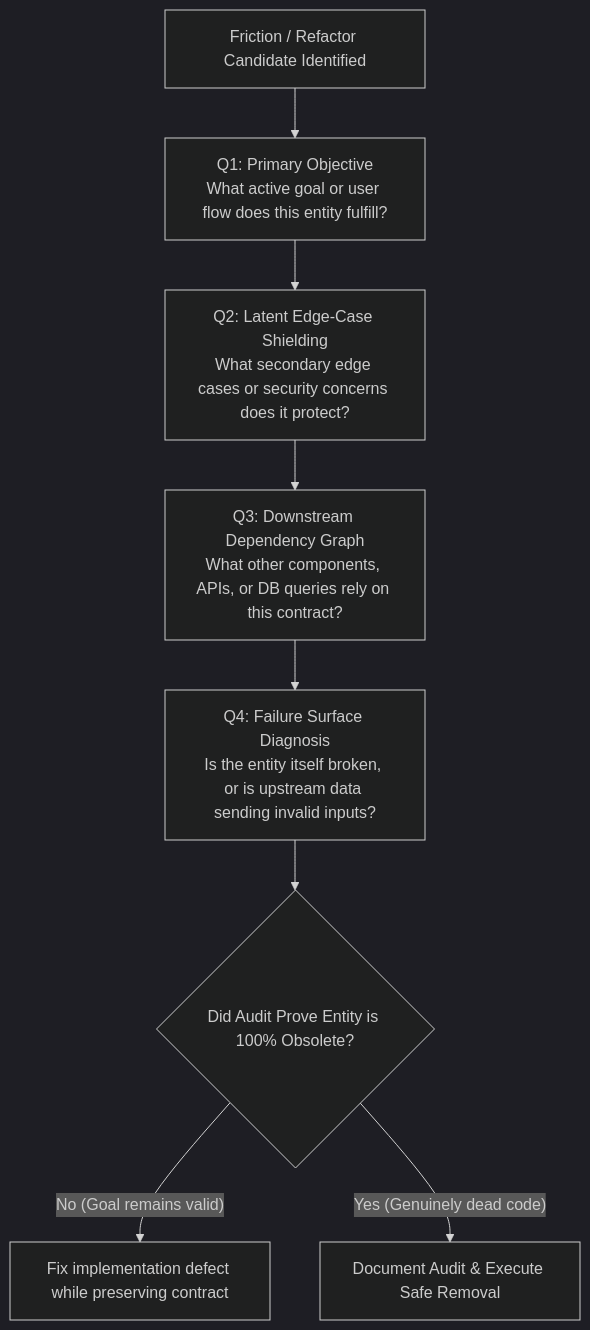
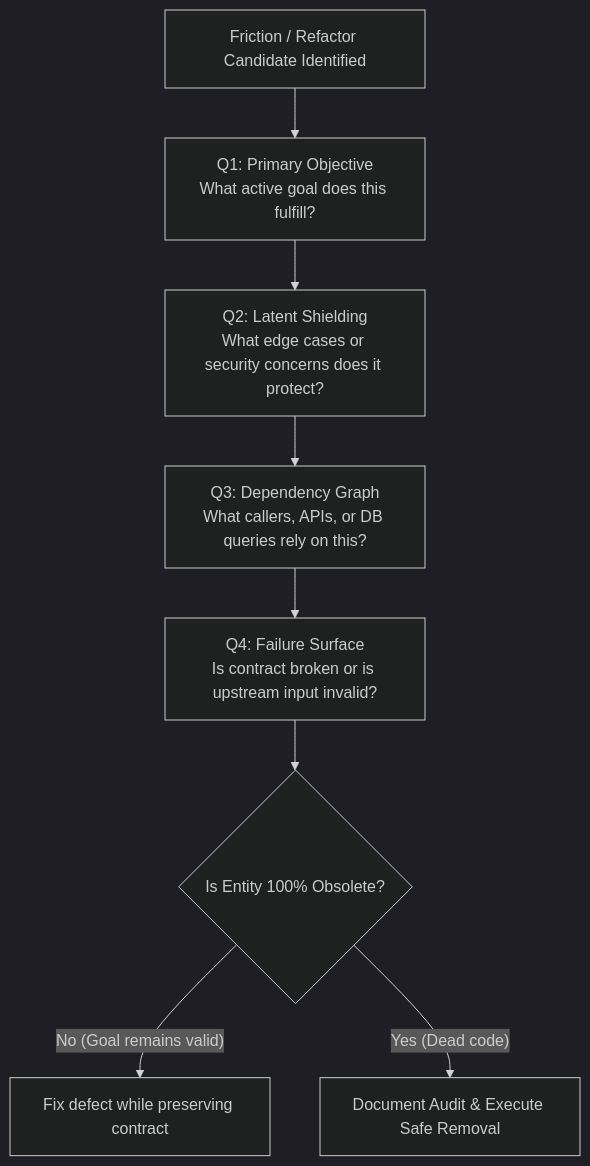
The diagram in .agents/skills/chestertons-fence/SKILL.md (loerei/patchitRIGHT), drawn with Mermaid (dark theme) before and after one commit. The commit also changed other lines of this file and 129 other files, not shown here.

````diff
--- a/.agents/skills/chestertons-fence/SKILL.md
+++ b/.agents/skills/chestertons-fence/SKILL.md
@@ -24,10 +12,10 @@
 ```mermaid
 flowchart TD
-    Trigger["Friction / Refactor Candidate Identified"] --> Q1["Q1: Primary Objective<br/>What active goal or user flow does this entity fulfill?"]
-    Q1 --> Q2["Q2: Latent Edge-Case Shielding<br/>What secondary edge cases or security concerns does it protect?"]
-    Q2 --> Q3["Q3: Downstream Dependency Graph<br/>What other components, APIs, or DB queries rely on this contract?"]
-    Q3 --> Q4["Q4: Failure Surface Diagnosis<br/>Is the entity itself broken, or is upstream data sending invalid inputs?"]
-    Q4 --> Decision{"Did Audit Prove Entity is 100% Obsolete?"}
-    Decision -->|"No (Goal remains valid)"| PreserveFix["Fix implementation defect while preserving contract"]
-    Decision -->|"Yes (Genuinely dead code)"| DocumentRemoval["Document Audit & Execute Safe Removal"]
+    Trigger["Friction / Refactor Candidate Identified"] --> Q1["Q1: Primary Objective<br/>What active goal does this fulfill?"]
+    Q1 --> Q2["Q2: Latent Shielding<br/>What edge cases or security concerns does it protect?"]
+    Q2 --> Q3["Q3: Dependency Graph<br/>What callers, APIs, or DB queries rely on this?"]
+    Q3 --> Q4["Q4: Failure Surface<br/>Is contract broken or is upstream input invalid?"]
+    Q4 --> Decision{"Is Entity 100% Obsolete?"}
+    Decision -->|"No (Goal remains valid)"| PreserveFix["Fix defect while preserving contract"]
+    Decision -->|"Yes (Dead code)"| DocumentRemoval["Document Audit & Execute Safe Removal"]
 ```
````
